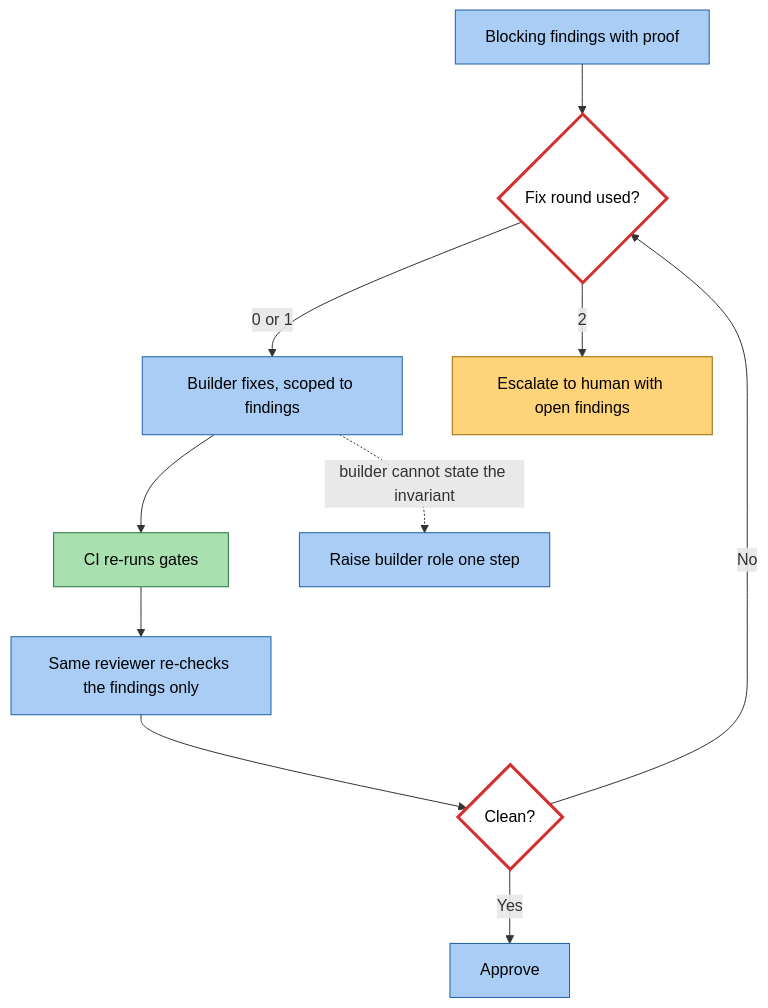
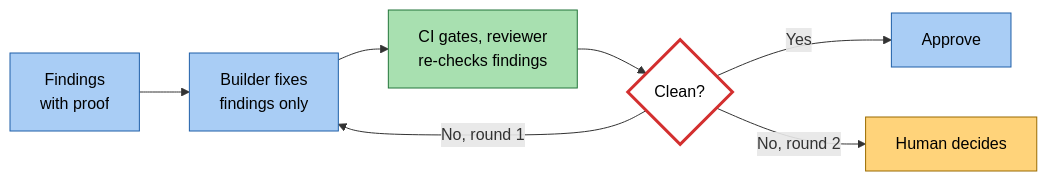
The fifth of 14 diagrams in README.md (oneup4real/engineering-standards), drawn with Mermaid before and after one commit. The commit also changed other lines of this file, not shown here.

Commit message:
docs(readme): legible big-picture delivery flow

````diff
--- a/README.md
+++ b/README.md
@@ -186,16 +172,13 @@
 ```mermaid
-flowchart TD
+flowchart LR
     classDef human fill:#ffd37a,stroke:#9a6b00,color:#000
     classDef agent fill:#a9cdf5,stroke:#1f5fa8,color:#000
     classDef tool fill:#a8e0b0,stroke:#23753a,color:#000
     classDef gate fill:#fff,stroke:#d32f2f,stroke-width:3px,color:#000
-    F["Blocking findings with proof"]:::agent --> R{"Fix round used?"}:::gate
-    R -->|"0 or 1"| FX["Builder fixes, scoped to findings"]:::agent
-    FX --> CI["CI re-runs gates"]:::tool
-    CI --> RR["Same reviewer re-checks the findings only"]:::agent
-    RR --> C{"Clean?"}:::gate
+    F["Findings<br/>with proof"]:::agent --> FX["Builder fixes<br/>findings only"]:::agent
+    FX --> RC["CI gates, reviewer<br/>re-checks findings"]:::tool
+    RC --> C{"Clean?"}:::gate
     C -->|Yes| OK["Approve"]:::agent
-    C -->|"No"| R
-    R -->|"2"| H["Escalate to human with open findings"]:::human
-    FX -.->|"builder cannot state the invariant"| UP["Raise builder role one step"]:::agent
+    C -->|"No, round 1"| FX
+    C -->|"No, round 2"| H["Human decides"]:::human
 ```
````
